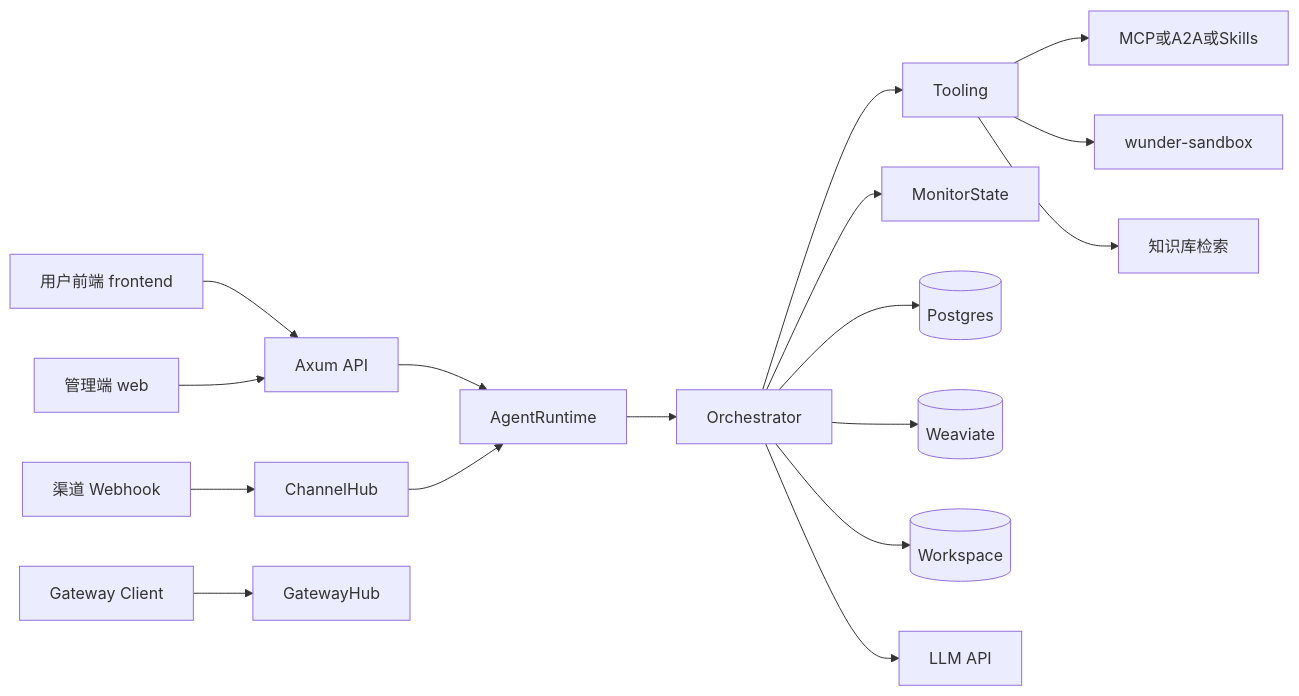
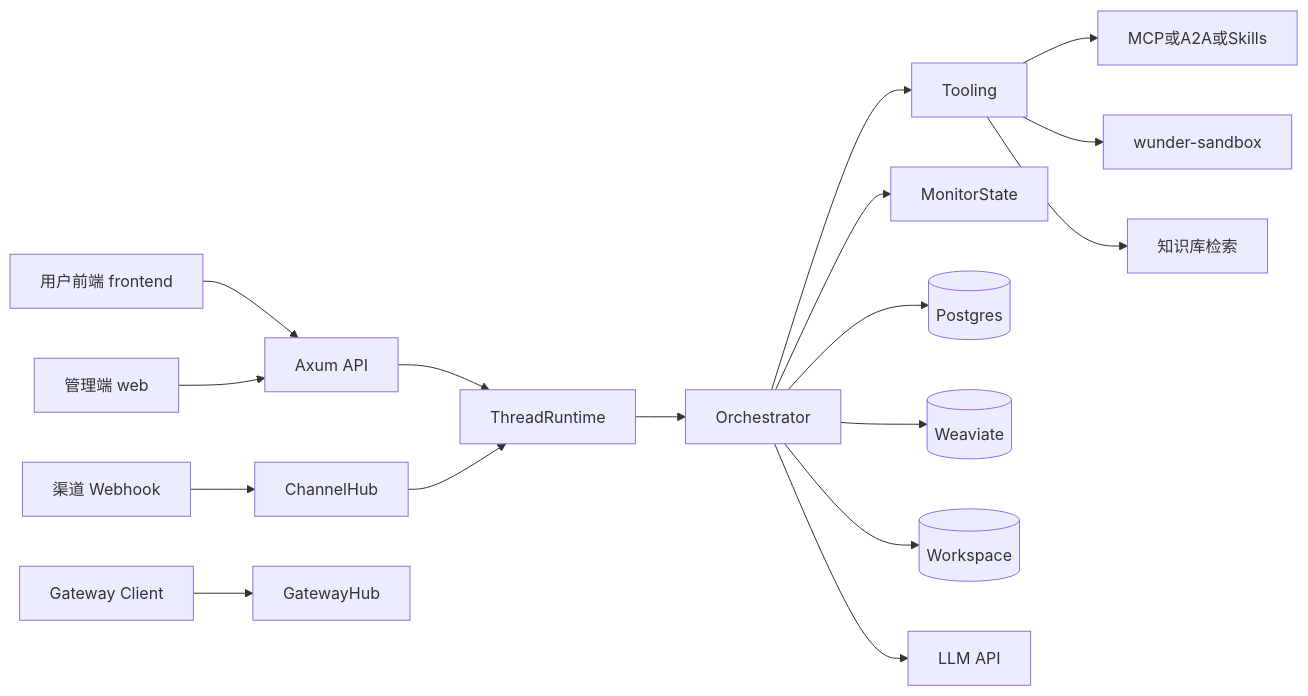
Before and after one commit to ylsdamxssjxxdd/wunder: the first of 9 diagrams in docs/系统介绍.md, drawn with Mermaid. The commit also changed other lines of this file and 71 other files, not shown here.

````diff
--- a/docs/系统介绍.md
+++ b/docs/系统介绍.md
@@ -104,21 +105,21 @@
 ```mermaid
 flowchart LR
   USER[用户前端 frontend] --> API[Axum API]
   ADMIN[管理端 web] --> API
   CH[渠道 Webhook] --> HUB[ChannelHub]
   GW[Gateway Client] --> GWHUB[GatewayHub]
 
-  API --> AR[AgentRuntime]
-  HUB --> AR
-  AR --> ORCH[Orchestrator]
+  API --> TR[ThreadRuntime]
+  HUB --> TR
+  TR --> ORCH[Orchestrator]
   ORCH --> TOOL[Tooling]
   ORCH --> MON[MonitorState]
   ORCH --> DB[(Postgres)]
   ORCH --> WV[(Weaviate)]
   ORCH --> WS[(Workspace)]
 
   TOOL --> MCP[MCP或A2A或Skills]
   TOOL --> SBX[wunder-sandbox]
   TOOL --> KB[知识库检索]
   ORCH --> LLM[LLM API]
 ```
````
